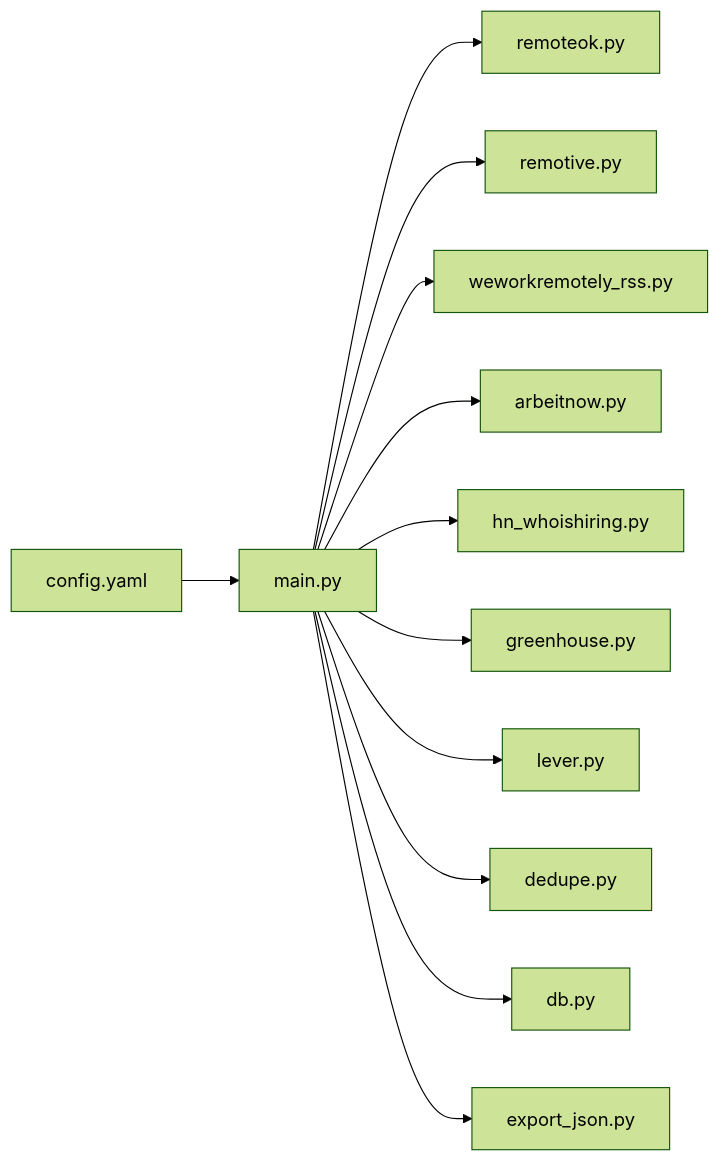
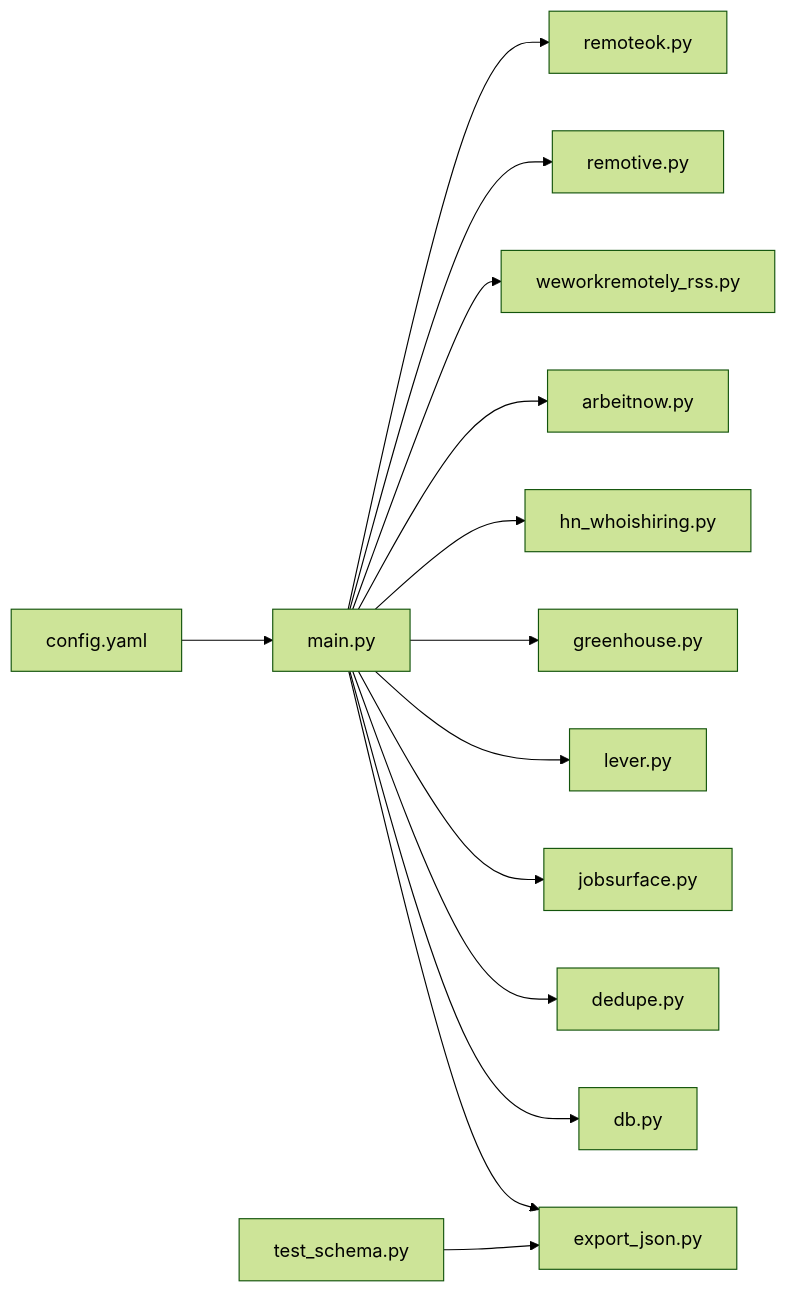
Before and after one commit to shakthi-vinayak/news: diagram 11 of 11 in .qoder/repowiki/en/content/Content Collection System/Job Sources.md, drawn with Mermaid (forest theme). The commit also changed other lines of this file and 55 other files, not shown here.

````diff
--- a/.qoder/repowiki/en/content/Content Collection System/Job Sources.md
+++ b/.qoder/repowiki/en/content/Content Collection System/Job Sources.md
@@ -405,14 +476,16 @@
 ```mermaid
 graph LR
 CFG["config.yaml"] --> ORCH["main.py"]
 ORCH --> COL1["remoteok.py"]
 ORCH --> COL2["remotive.py"]
 ORCH --> COL3["weworkremotely_rss.py"]
 ORCH --> COL4["arbeitnow.py"]
 ORCH --> COL5["hn_whoishiring.py"]
 ORCH --> COL6["greenhouse.py"]
 ORCH --> COL7["lever.py"]
+ORCH --> COL8["jobsurface.py"]
 ORCH --> DEDUP["dedupe.py"]
 ORCH --> DB["db.py"]
 ORCH --> EXP["export_json.py"]
+SCHEMA["test_schema.py"] --> EXP
 ```
````
